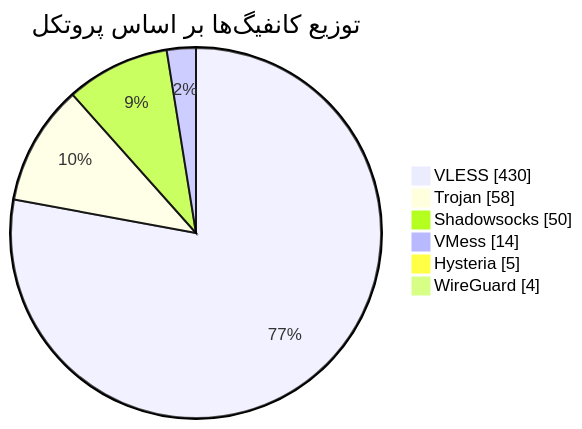
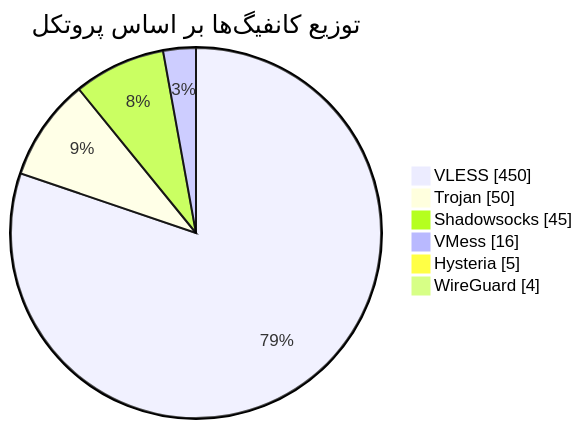
Before and after one commit to Arian-Alijani/Somthing: the diagram in README.md, drawn with Mermaid. The commit also changed other lines of this file and 17 other files, not shown here.

````diff
--- a/README.md
+++ b/README.md
@@ -48,10 +48,10 @@
 ```mermaid
 pie showData
     title توزیع کانفیگ‌ها بر اساس پروتکل
-    "VLESS" : 430
-    "Trojan" : 58
-    "Shadowsocks" : 50
-    "VMess" : 14
+    "VLESS" : 450
+    "Trojan" : 50
+    "Shadowsocks" : 45
+    "VMess" : 16
     "Hysteria" : 5
     "WireGuard" : 4
 ```
````
